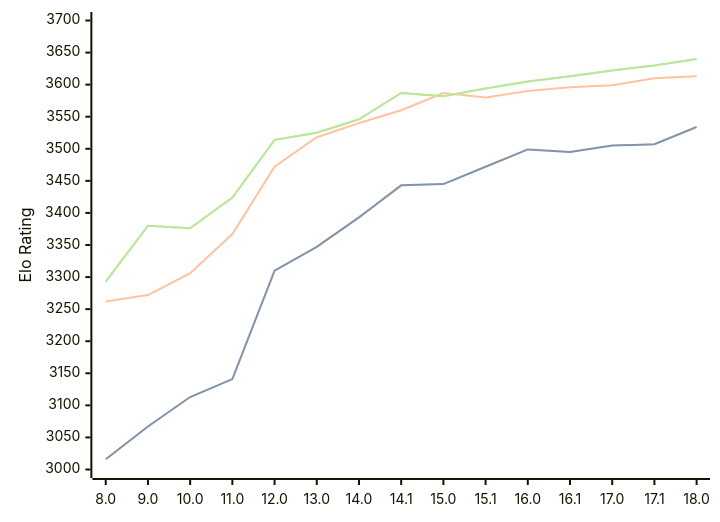
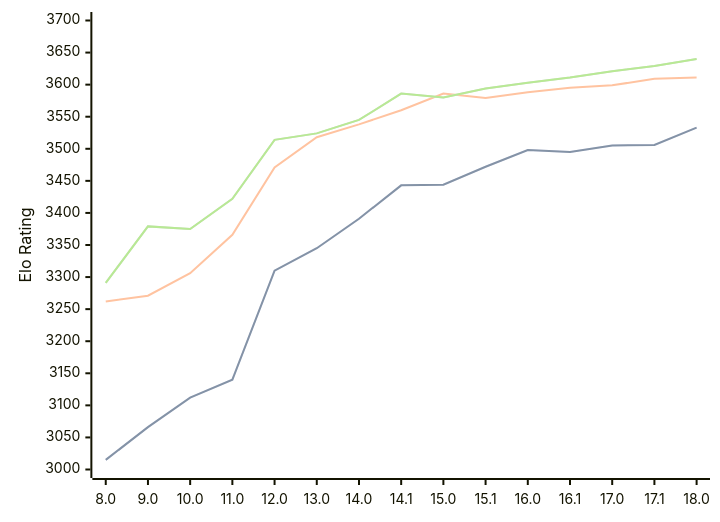
One commit to computer-chess-index/cci changed the diagram in engines/Stockfish.md. Above: the diagram before and after it, drawn with Mermaid. The commit also changed other lines of this file, not shown here.

Commit message:
Update CCI Ratings (ELO VLTC) - 2026-03-23

````diff
--- a/engines/Stockfish.md
+++ b/engines/Stockfish.md
@@ -46,11 +46,11 @@
 ```mermaid
 %%{init: {"theme":"base","themeVariables":{"seriesColors:['#a3a3a3','#222221','#faa371']}}}%%
 xychart-beta
   x-axis ["8.0", "9.0", "10.0", "11.0", "12.0", "13.0", "14.0", "14.1", "15.0", "15.1", "16.0", "16.1", "17.0", "17.1", "18.0"]
   y-axis "Elo Rating" 3000 --> 3700
-  line "STC (8.0+0.08s)" [3016, 3067, 3113, 3141, 3310, 3347, 3393, 3443, 3445, 3472, 3499, 3495, 3505, 3507, 3534]
-  line "STC (8.0+0.08s)" [3016, 3067, 3113, 3141, 3310, 3347, 3393, 3443, 3445, 3472, 3499, 3495, 3505, 3507, 3534]
-  line "LTC (60.0+0.60s)" [3262, 3272, 3306, 3367, 3472, 3518, 3540, 3560, 3587, 3580, 3590, 3596, 3599, 3610, 3613]
-  line "VLTC (2m24s+1.12s)" [3293, 3380, 3376, 3424, 3514, 3525, 3546, 3587, 3582, 3594, 3605, 3613, 3622, 3630, 3640]
-  line "VLTC (2m24s+1.12s)" [3293, 3380, 3376, 3424, 3514, 3525, 3546, 3587, 3582, 3594, 3605, 3613, 3622, 3630, 3640]
+  line "STC (8.0+0.08s)" [3015, 3066, 3112, 3140, 3310, 3345, 3391, 3443, 3444, 3472, 3498, 3495, 3505, 3506, 3533]
+  line "STC (8.0+0.08s)" [3015, 3066, 3112, 3140, 3310, 3345, 3391, 3443, 3444, 3472, 3498, 3495, 3505, 3506, 3533]
+  line "LTC (60.0+0.60s)" [3262, 3271, 3306, 3366, 3471, 3518, 3538, 3560, 3586, 3579, 3588, 3595, 3599, 3609, 3611]
+  line "VLTC (2m24s+1.12s)" [3291, 3379, 3375, 3422, 3514, 3524, 3545, 3586, 3580, 3594, 3603, 3611, 3621, 3629, 3640]
+  line "VLTC (2m24s+1.12s)" [3291, 3379, 3375, 3422, 3514, 3524, 3545, 3586, 3580, 3594, 3603, 3611, 3621, 3629, 3640]
 ```
````
